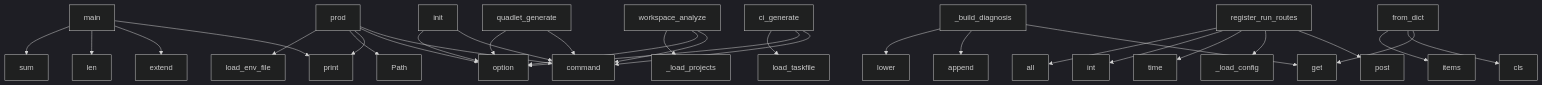
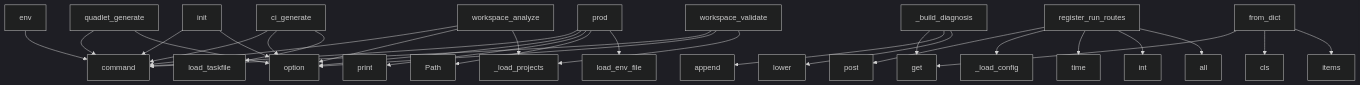
Before and after one commit to pyfunc/taskfile: the diagram in project/context.md, drawn with Mermaid (dark theme). The commit also changed other lines of this file and 176 other files, not shown here.

````diff
--- a/project/context.md
+++ b/project/context.md
@@ -745,33 +747,33 @@
 ```mermaid
 graph TD
-    main --> print
-    main --> extend
-    main --> len
-    main --> sum
     prod --> command
     prod --> option
     prod --> print
     prod --> Path
     prod --> load_env_file
     ci_generate --> command
     ci_generate --> option
     ci_generate --> load_taskfile
     workspace_analyze --> command
     workspace_analyze --> option
     workspace_analyze --> _load_projects
     _build_diagnosis --> get
     _build_diagnosis --> append
     _build_diagnosis --> lower
     quadlet_generate --> command
     quadlet_generate --> option
     init --> command
     init --> option
     register_run_routes --> post
     register_run_routes --> _load_config
     register_run_routes --> time
     register_run_routes --> int
     register_run_routes --> all
     from_dict --> get
     from_dict --> cls
     from_dict --> items
+    workspace_validate --> command
+    workspace_validate --> option
+    workspace_validate --> _load_projects
+    env --> command
 ```
````
